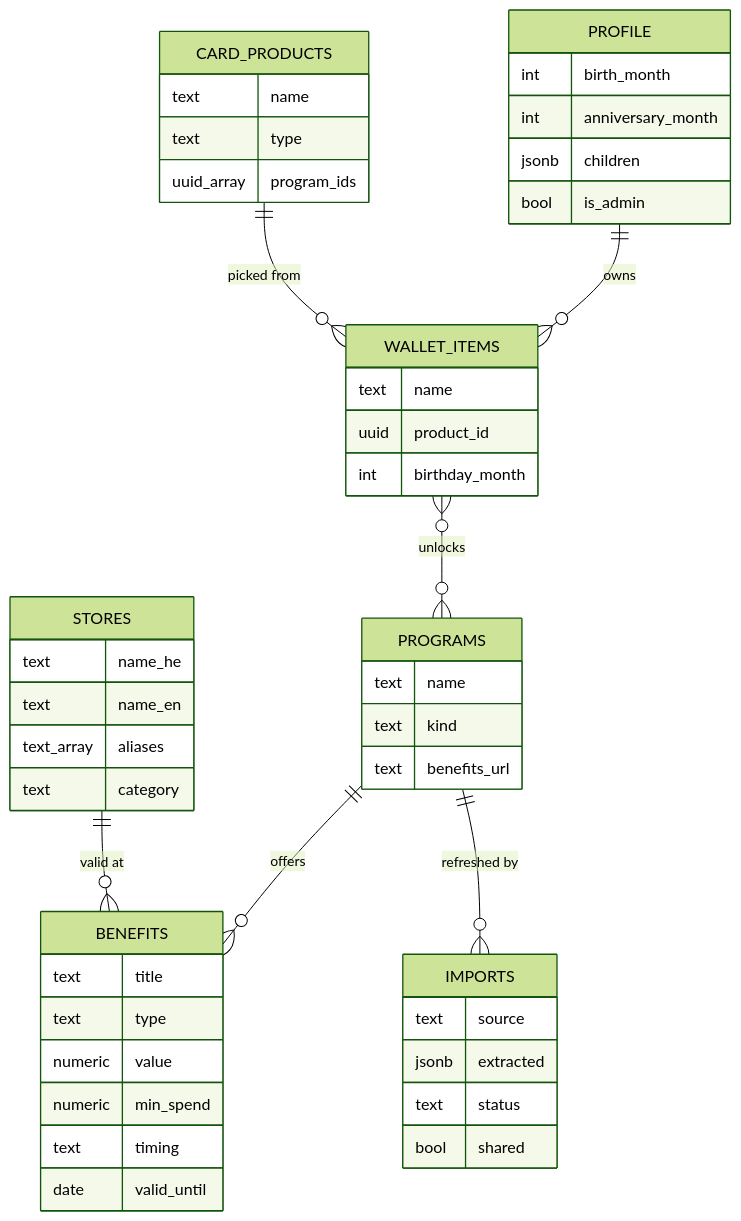
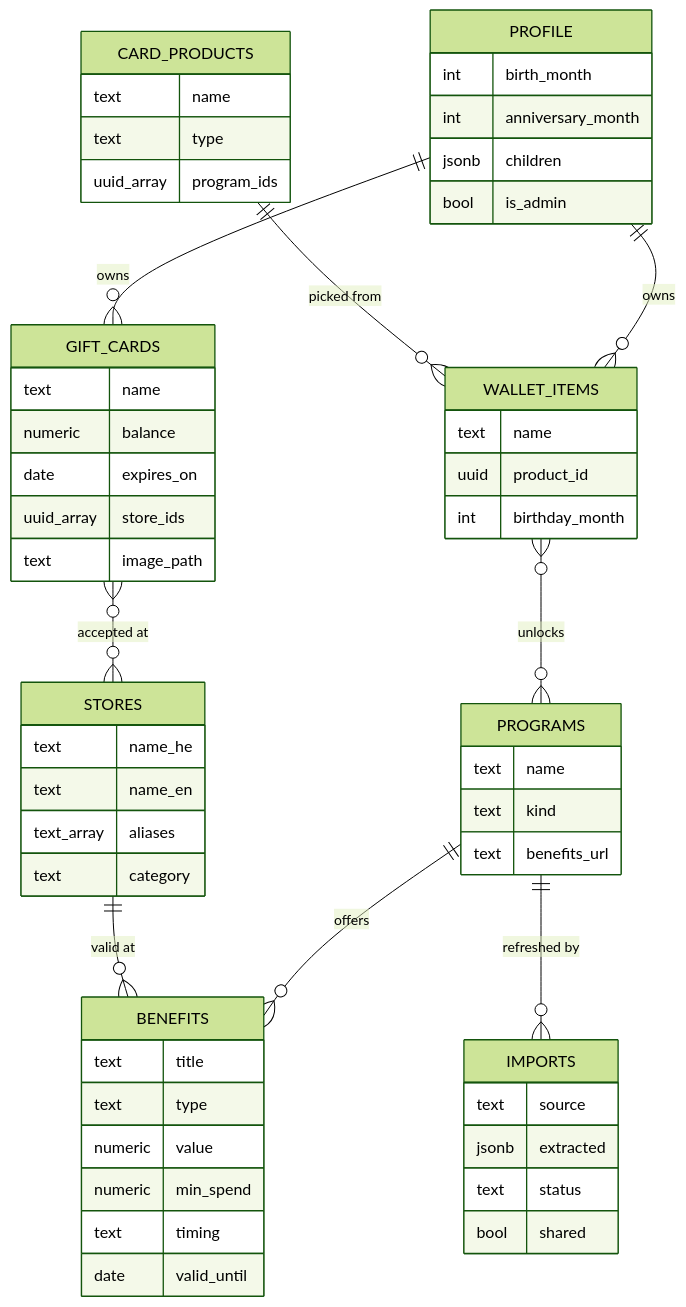
Before and after one commit to Gabrielab5/benefits-finder: the third of 3 diagrams in README.md, drawn with Mermaid (forest theme). The commit also changed other lines of this file and 3 other files, not shown here.

First line of the commit message:
feat(gift-cards): keep a photo of each gift card; README

````diff
--- a/README.md
+++ b/README.md
@@ -190,51 +208,60 @@
 ```mermaid
 erDiagram
     PROFILE ||--o{ WALLET_ITEMS : owns
     CARD_PRODUCTS ||--o{ WALLET_ITEMS : "picked from"
     WALLET_ITEMS }o--o{ PROGRAMS : unlocks
     PROGRAMS ||--o{ BENEFITS : offers
     STORES ||--o{ BENEFITS : "valid at"
     PROGRAMS ||--o{ IMPORTS : "refreshed by"
+    PROFILE ||--o{ GIFT_CARDS : owns
+    GIFT_CARDS }o--o{ STORES : "accepted at"
 
     PROFILE {
         int birth_month
         int anniversary_month
         jsonb children
         bool is_admin
     }
     CARD_PRODUCTS {
         text name
         text type
         uuid_array program_ids
     }
     WALLET_ITEMS {
         text name
         uuid product_id
         int birthday_month
     }
     PROGRAMS {
         text name
         text kind
         text benefits_url
     }
     STORES {
         text name_he
         text name_en
         text_array aliases
         text category
     }
     BENEFITS {
         text title
         text type
         numeric value
         numeric min_spend
         text timing
         date valid_until
     }
+    GIFT_CARDS {
+        text name
+        numeric balance
+        date expires_on
+        uuid_array store_ids
+        text image_path
+    }
     IMPORTS {
         text source
         jsonb extracted
         text status
         bool shared
     }
 ```
````
